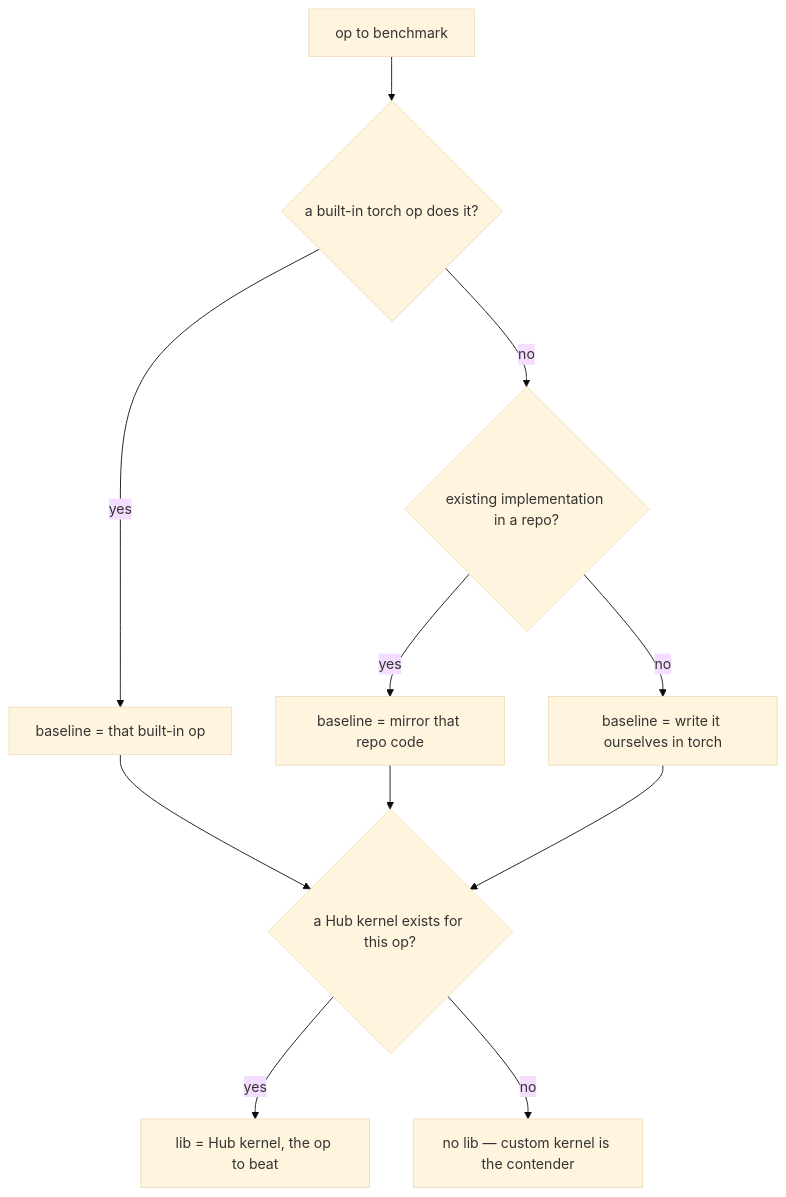
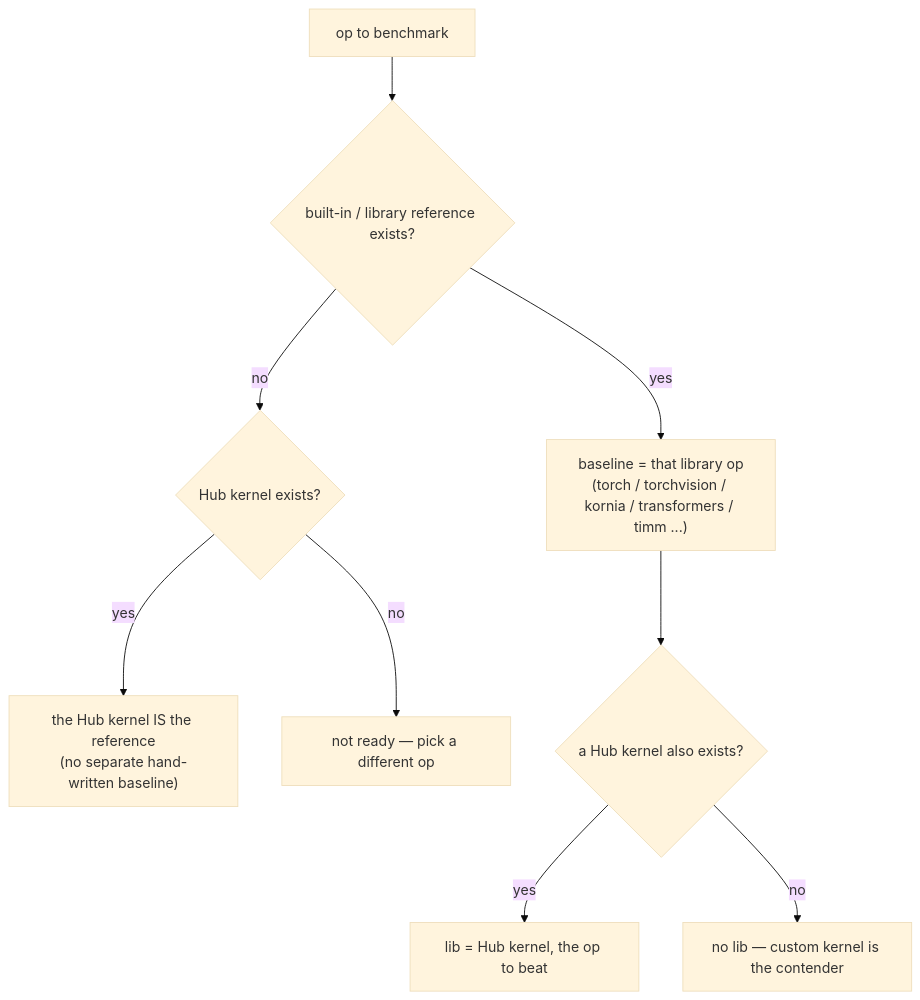
The diagram in docs/guide/setting_up_baselines.md (aymuos15/cernels), drawn with Mermaid (base theme) before and after one commit. The commit also changed other lines of this file and 2 other files, not shown here.

Commit message:
docs: never hand-write baselines (lib reference or Hub kernel only); add Primus 3D RoPE issue

````diff
--- a/docs/guide/setting_up_baselines.md
+++ b/docs/guide/setting_up_baselines.md
@@ -5,13 +7,11 @@
 ```mermaid
 flowchart TD
-    A[op to benchmark] --> B{a built-in torch op does it?}
-    B -- yes --> C[baseline = that built-in op]
-    B -- no --> D{existing implementation in a repo?}
-    D -- yes --> E[baseline = mirror that repo code]
-    D -- no --> F[baseline = write it ourselves in torch]
-    C --> G{a Hub kernel exists for this op?}
-    E --> G
-    F --> G
+    A[op to benchmark] --> B{built-in / library reference exists?}
+    B -- yes --> C["baseline = that library op<br/>(torch / torchvision / kornia / transformers / timm ...)"]
+    B -- no --> D{Hub kernel exists?}
+    D -- yes --> E["the Hub kernel IS the reference<br/>(no separate hand-written baseline)"]
+    D -- no --> F["not ready — pick a different op"]
+    C --> G{a Hub kernel also exists?}
     G -- yes --> H[lib = Hub kernel, the op to beat]
     G -- no --> I["no lib — custom kernel is the contender"]
 ```
````
